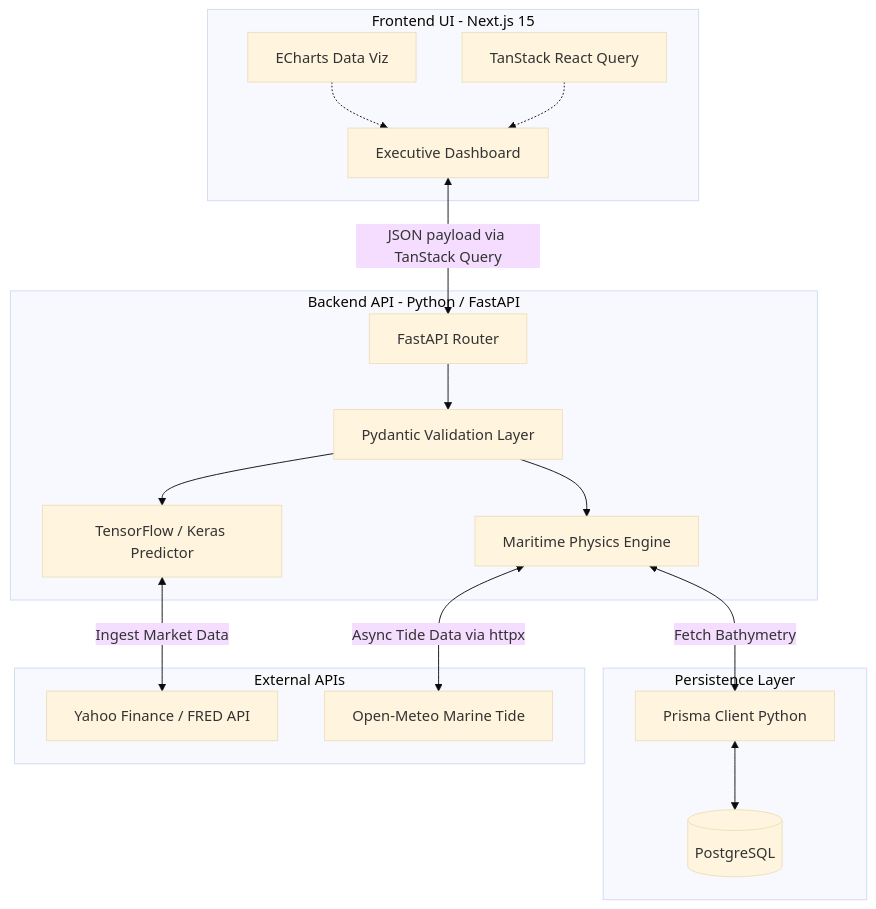
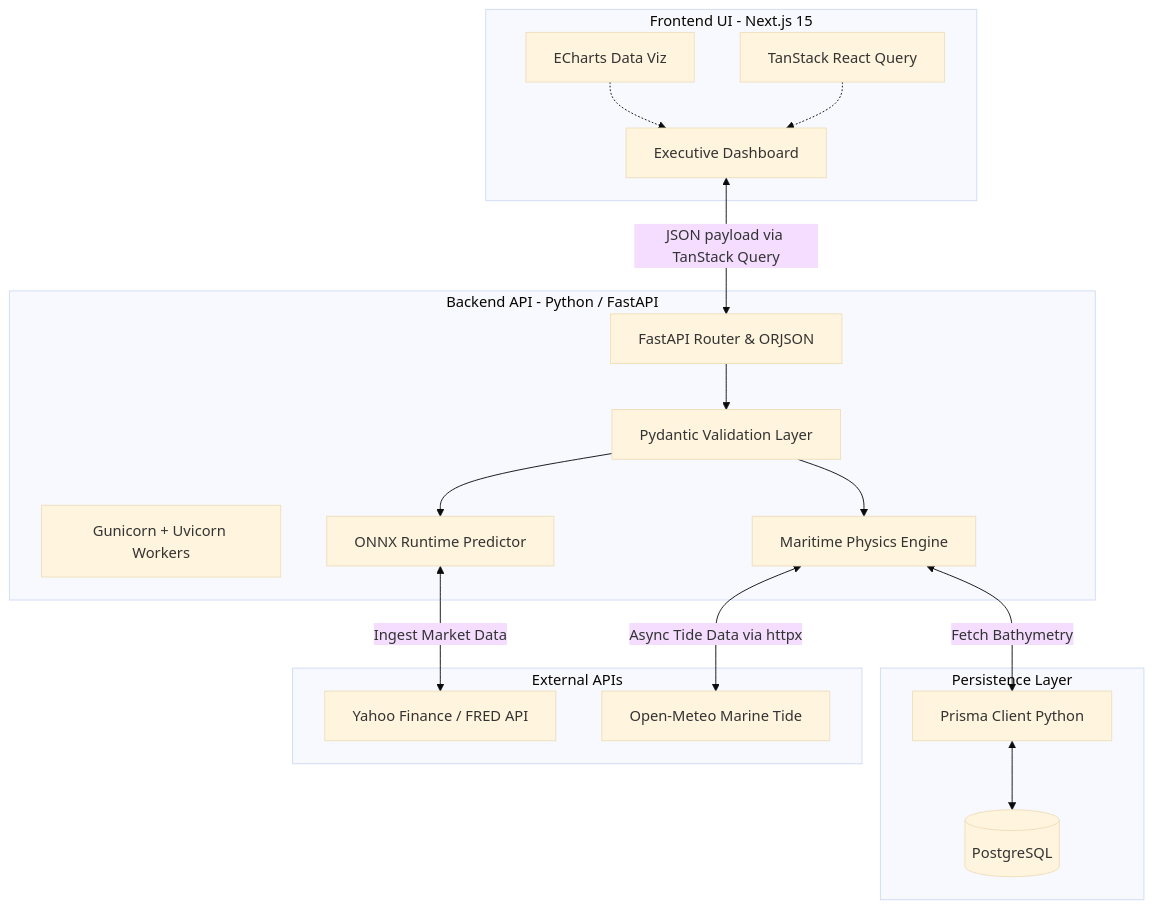
Before and after one commit to IamNishant51/KargoSetu: the diagram in README.md, drawn with Mermaid (base theme). The commit also changed other lines of this file and 124 other files, not shown here.

````diff
--- a/README.md
+++ b/README.md
@@ -55,43 +57,44 @@
 ```mermaid
 graph TD
     %% Define Client Layer
     subgraph Client [Frontend UI - Next.js 15]
         UI[Executive Dashboard]
         Charts[ECharts Data Viz]
         TQ[TanStack React Query]
     end
 
     %% Define Server Layer
     subgraph Backend [Backend API - Python / FastAPI]
-        API[FastAPI Router]
+        WSGI[Gunicorn + Uvicorn Workers]
+        API[FastAPI Router & ORJSON]
         Math[Maritime Physics Engine]
-        ML[TensorFlow / Keras Predictor]
+        ML[ONNX Runtime Predictor]
         Auth[Pydantic Validation Layer]
     end
 
     %% Define Data & External Layers
     subgraph Database [Persistence Layer]
         PG[(PostgreSQL)]
         Prisma[Prisma Client Python]
     end
 
     subgraph External [External APIs]
         YF[Yahoo Finance / FRED API]
         Meteo[Open-Meteo Marine Tide]
     end
 
     %% Connections
     UI <-->|JSON payload via TanStack Query| API
     Charts -.-> UI
     TQ -.-> UI
 
     API --> Auth
     Auth --> Math
     Auth --> ML
 
     Math <-->|Fetch Bathymetry| Prisma
     Prisma <--> PG
     Math <-->|Async Tide Data via httpx| Meteo
 
     ML <-->|Ingest Market Data| YF
 ```
````
